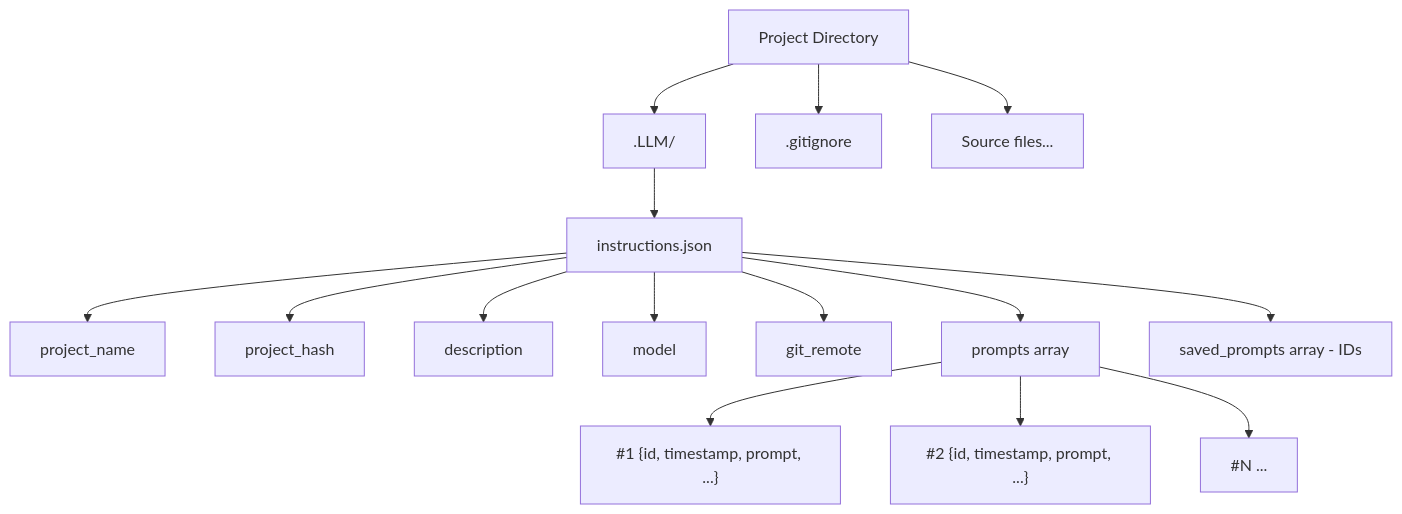
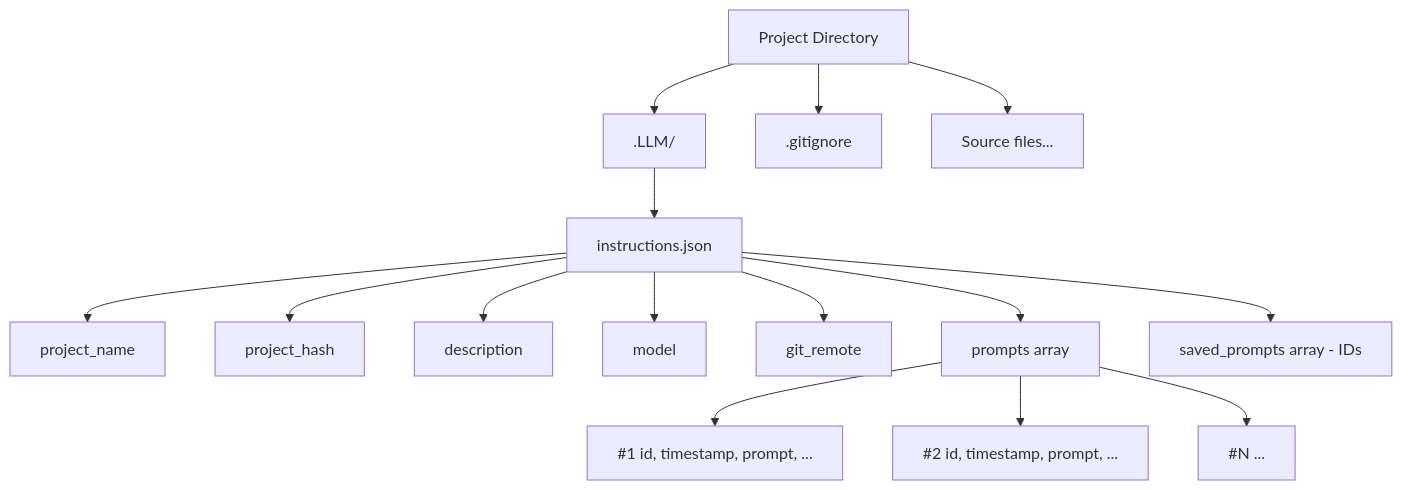
One commit to dkrse/vibe-coder changed diagram 12 of 13 in docs/diagrams.md. Above: the diagram before and after it, drawn with Mermaid. The commit also changed other lines of this file, not shown here.

Commit message:
diagrams bugs

````diff
--- a/docs/diagrams.md
+++ b/docs/diagrams.md
@@ -338,18 +338,18 @@
 ```mermaid
 graph TD
     Root[Project Directory] --> LLM[.LLM/]
     Root --> GI[.gitignore]
     Root --> SRC[Source files...]
     LLM --> IJ[instructions.json]
 
     IJ --> PN[project_name]
     IJ --> PH[project_hash]
     IJ --> DESC[description]
     IJ --> MODEL[model]
     IJ --> GR[git_remote]
     IJ --> PROMPTS[prompts array]
     IJ --> SP[saved_prompts array - IDs]
-    PROMPTS --> P1["#1 {id, timestamp, prompt, ...}"]
-    PROMPTS --> P2["#2 {id, timestamp, prompt, ...}"]
+    PROMPTS --> P1["#1 id, timestamp, prompt, ..."]
+    PROMPTS --> P2["#2 id, timestamp, prompt, ..."]
     PROMPTS --> PN2["#N ..."]
 ```
````
